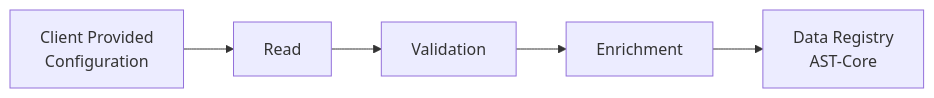
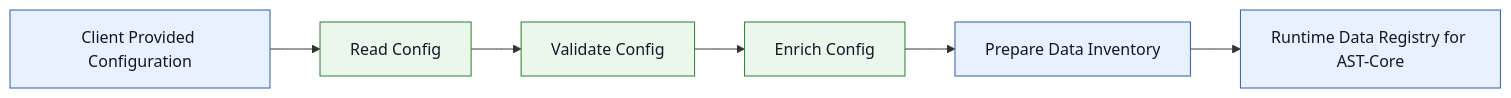
Before and after one commit to bcgov/automated-statusing-tool: the second of 6 diagrams in ast_engine/README.md, drawn with Mermaid. The commit also changed other lines of this file, not shown here.

Commit message:
Add README for ast_engine

````diff
--- a/ast_engine/README.md
+++ b/ast_engine/README.md
@@ -19,11 +163,17 @@
 ```mermaid
 flowchart LR
+    A[Client Provided Configuration]
+    B[Read Config]
+    C[Validate Config]
+    D[Enrich Config]
+    E[Prepare Data Inventory]
+    F[Runtime Data Registry for AST-Core]
 
-    A["Client Provided<br/>Configuration"]
-    B[Read]
-    C[Validation]
-    D[Enrichment]
-    E[Data Registry </br> AST-Core]
-    A --> B --> C
-    C --> D --> E
+    A --> B --> C --> D --> E --> F
+
+    class A,E,F objectNode
+    class B,C,D processNode
+
+    classDef objectNode fill:#E8F1FF,stroke:#2F5DA8,stroke-width:1px,color:#111827
+    classDef processNode fill:#EAF7EA,stroke:#2E7D32,stroke-width:1px,color:#111827
 ```
````
